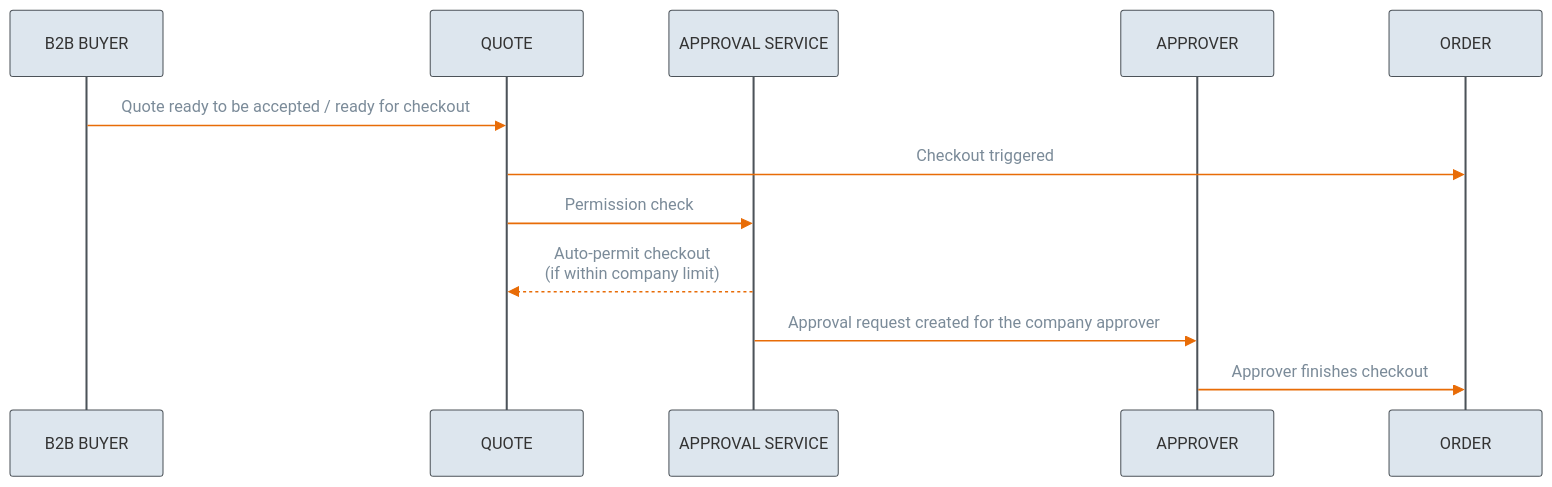
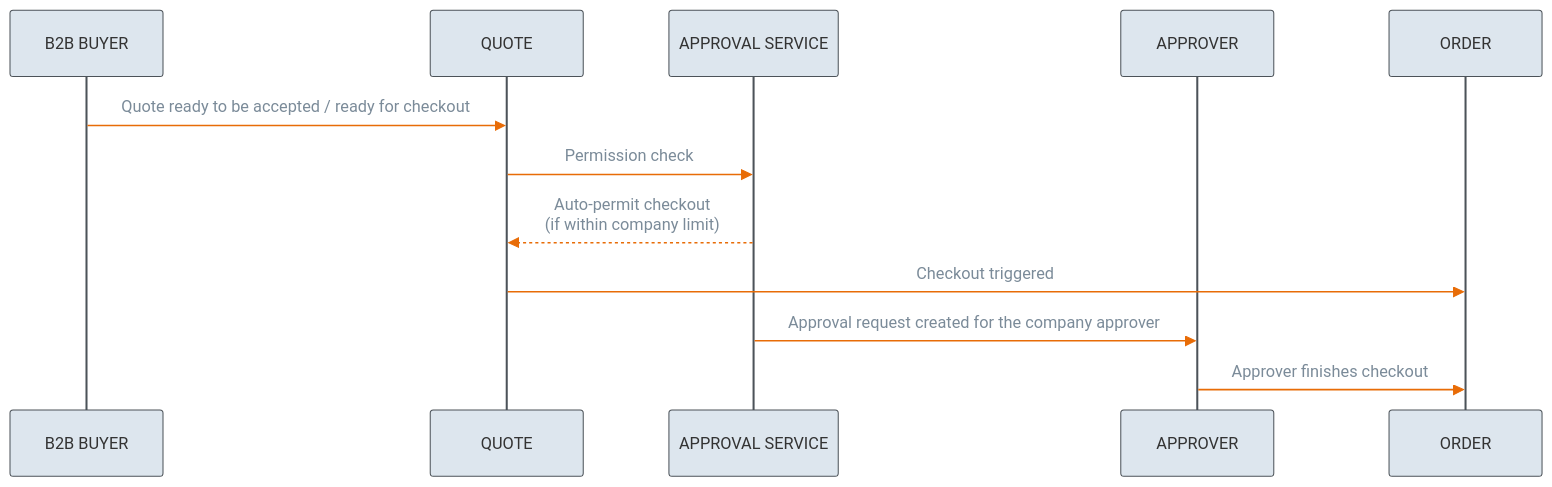
One commit to emporix/api-references changed the sixth of 7 diagrams in companies-and-customers/approval-service/approval.md. Above: the diagram before and after it, drawn with Mermaid. The commit also changed other lines of this file, not shown here.

````diff
--- a/companies-and-customers/approval-service/approval.md
+++ b/companies-and-customers/approval-service/approval.md
@@ -245,31 +245,30 @@
 ```mermaid
 ---
 config:
   layout: fixed
   theme: base
   themeVariables:
     primaryColor: '#DDE6EE'
     primaryBorderColor: '#4C5359'
     actorBkg: '#DDE6EE'
     actorBorder: '#4C5359'
     actorLineColor: '#4C5359'
     signalColor: '#E86C07'
     signalTextColor: '#7B8B99'
     background: transparent 
 ---
 sequenceDiagram
     participant Buyer as B2B BUYER
     participant Quote as QUOTE
     participant Approval as APPROVAL SERVICE
     participant Approver as APPROVER
     participant Order as ORDER
 
     Buyer ->> Quote: Quote ready to be accepted / ready for checkout
-    Quote ->> Order: Checkout triggered
-
     Quote ->> Approval: Permission check
     Approval -->> Quote: Auto-permit checkout<br/>(if within company limit)
+    Quote ->> Order: Checkout triggered
 
     Approval ->> Approver: Approval request created for the company approver
     Approver ->> Order: Approver finishes checkout
 ```
````
